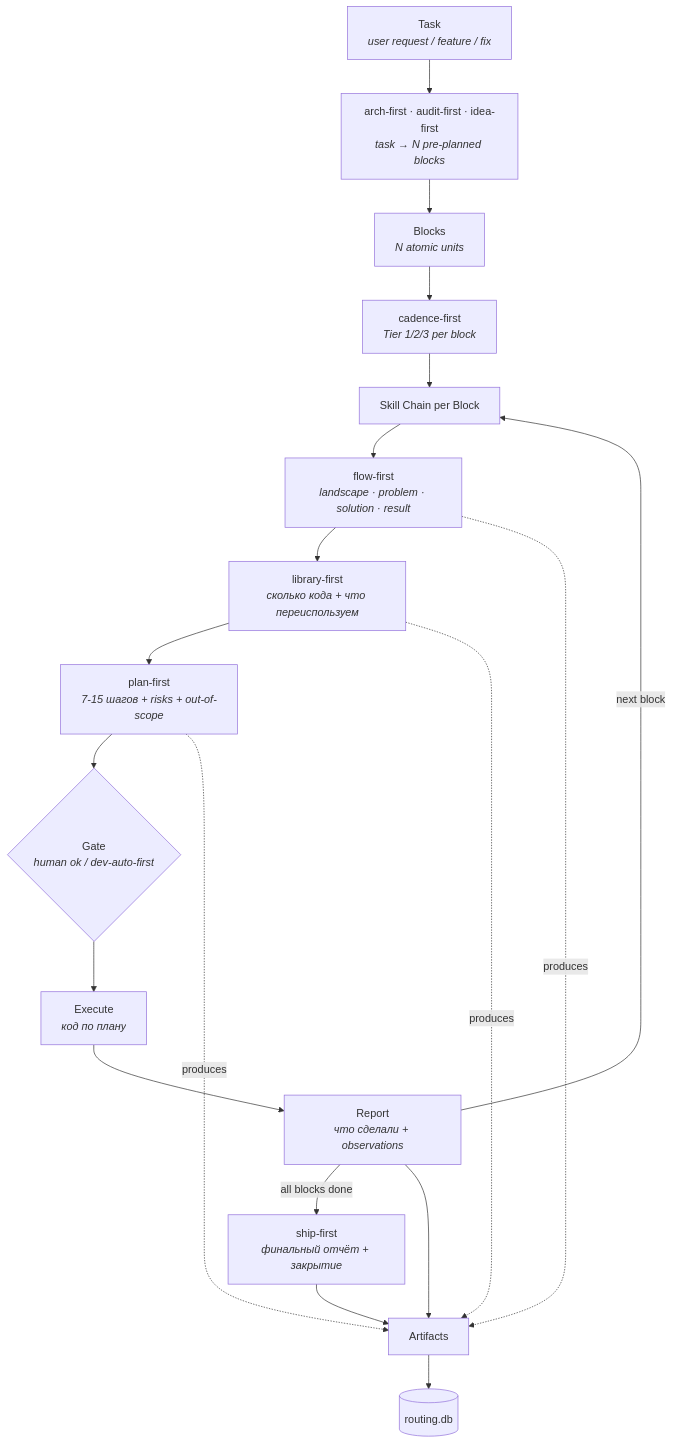
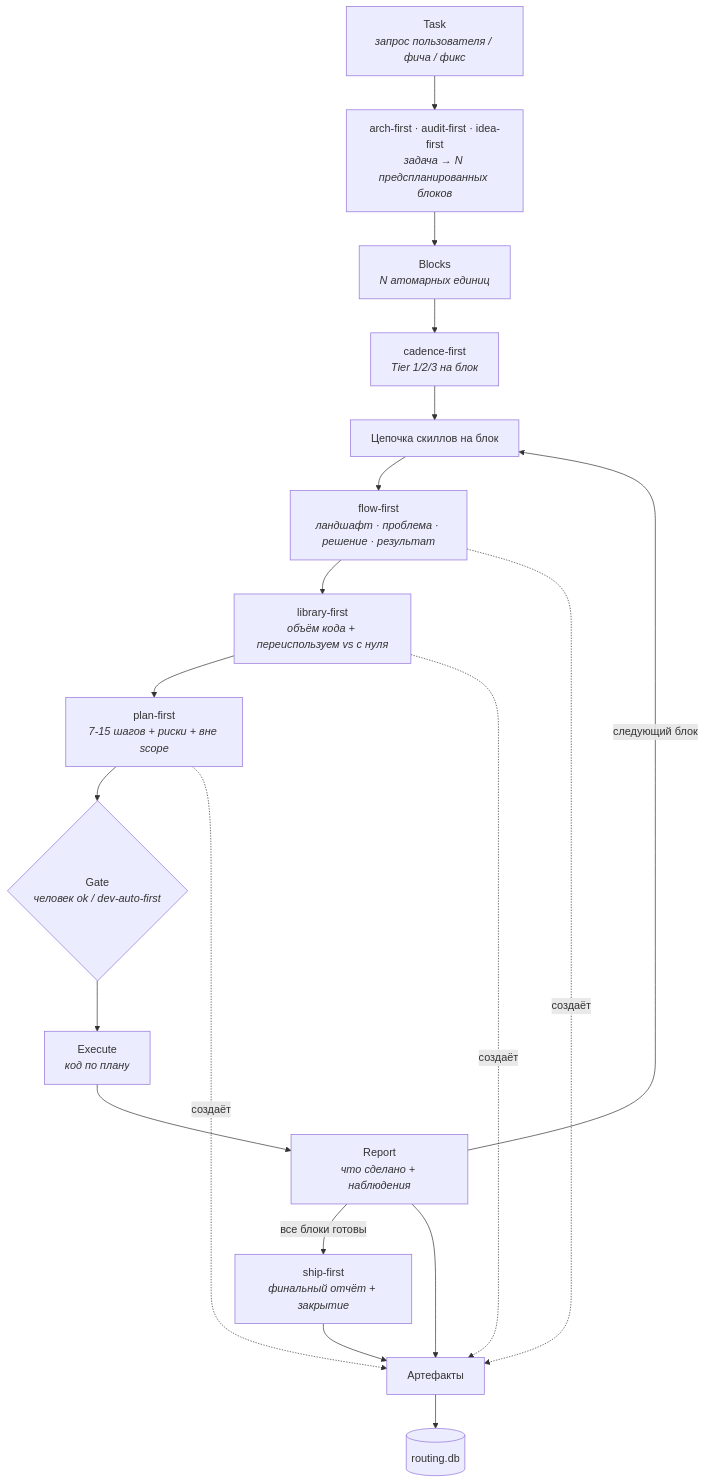
Before and after one commit to bearded-illirian/trailmark: the diagram in README.ru.md, drawn with Mermaid. The commit also changed other lines of this file, not shown here.

````diff
--- a/README.ru.md
+++ b/README.ru.md
@@ -145,22 +166,22 @@
 ```mermaid
 graph TD
-    T["Task<br/><i>user request / feature / fix</i>"]
-    T --> DS["arch-first · audit-first · idea-first<br/><i>task → N pre-planned blocks</i>"]
-    DS --> B["Blocks<br/><i>N atomic units</i>"]
-    B --> CD["cadence-first<br/><i>Tier 1/2/3 per block</i>"]
-    CD --> C[Skill Chain per Block]
-    C --> F["flow-first<br/><i>landscape · problem · solution · result</i>"]
-    F --> L["library-first<br/><i>сколько кода + что переиспользуем</i>"]
-    L --> P["plan-first<br/><i>7-15 шагов + risks + out-of-scope</i>"]
-    P --> G{"Gate<br/><i>human ok / dev-auto-first</i>"}
+    T["Task<br/><i>запрос пользователя / фича / фикс</i>"]
+    T --> DS["arch-first · audit-first · idea-first<br/><i>задача → N предспланированных блоков</i>"]
+    DS --> B["Blocks<br/><i>N атомарных единиц</i>"]
+    B --> CD["cadence-first<br/><i>Tier 1/2/3 на блок</i>"]
+    CD --> C[Цепочка скиллов на блок]
+    C --> F["flow-first<br/><i>ландшафт · проблема · решение · результат</i>"]
+    F --> L["library-first<br/><i>объём кода + переиспользуем vs с нуля</i>"]
+    L --> P["plan-first<br/><i>7-15 шагов + риски + вне scope</i>"]
+    P --> G{"Gate<br/><i>человек ok / dev-auto-first</i>"}
     G --> E["Execute<br/><i>код по плану</i>"]
-    E --> R["Report<br/><i>что сделали + observations</i>"]
-    R -->|next block| C
-    R -->|all blocks done| SF["ship-first<br/><i>финальный отчёт + закрытие</i>"]
-    R --> A[Artifacts]
+    E --> R["Report<br/><i>что сделано + наблюдения</i>"]
+    R -->|следующий блок| C
+    R -->|все блоки готовы| SF["ship-first<br/><i>финальный отчёт + закрытие</i>"]
+    R --> A[Артефакты]
     SF --> A
     A --> DB[(routing.db)]
-    F -.produces.-> A
-    L -.produces.-> A
-    P -.produces.-> A
+    F -.создаёт.-> A
+    L -.создаёт.-> A
+    P -.создаёт.-> A
 ```
````
